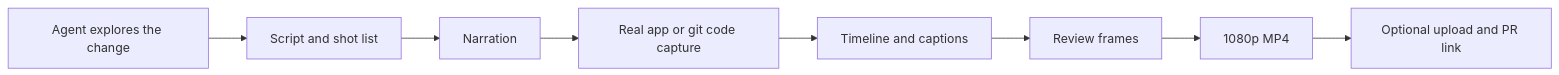
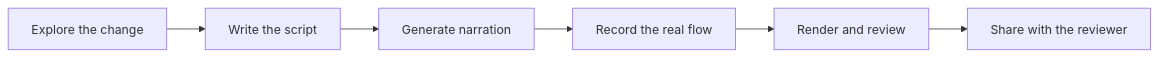
Before and after one commit to Diagonal-HQ/pr-walkthrough: the diagram in README.md, drawn with Mermaid. The commit also changed other lines of this file and 3 other files, not shown here.

````diff
--- a/README.md
+++ b/README.md
@@ -117,10 +96,8 @@
-```mermaid
+~~~mermaid
 flowchart LR
-  A[Agent explores the change] --> B[Script and shot list]
-  B --> C[Narration]
-  C --> D[Real app or git code capture]
-  D --> E[Timeline and captions]
-  E --> F[Review frames]
-  F --> G[1080p MP4]
-  G --> H[Optional upload and PR link]
-```
+  A[Explore the change] --> B[Write the script]
+  B --> C[Generate narration]
+  C --> D[Record the real flow]
+  D --> E[Render and review]
+  E --> F[Share with the reviewer]
+~~~
````
